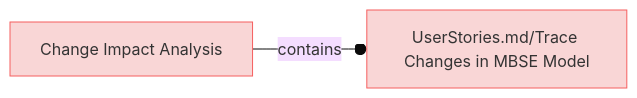
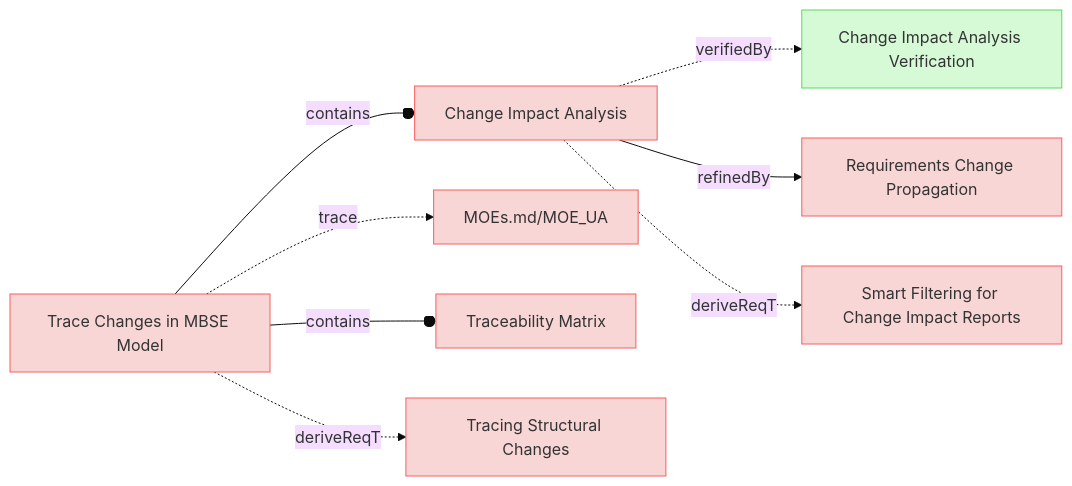
Before and after one commit to reqvire-org/reqvire: the eighth of 9 diagrams in specifications/UserRequirements.md, drawn with Mermaid (base theme). The commit also changed other lines of this file and 27 other files, not shown here.

Commit message:
Diagrams update.X

````diff
--- a/specifications/UserRequirements.md
+++ b/specifications/UserRequirements.md
@@ -539,16 +755,40 @@
 ```mermaid
 graph LR;
   %% Graph styling
   classDef requirement fill:#f9d6d6,stroke:#f55f5f,stroke-width:1px;
   classDef verification fill:#d6f9d6,stroke:#5fd75f,stroke-width:1px;
   classDef externalLink fill:#d0e0ff,stroke:#3080ff,stroke-width:1px;
   classDef default fill:#f5f5f5,stroke:#333333,stroke-width:1px;
 
   9933cac5853a8584["Change Impact Analysis"];
   class 9933cac5853a8584 requirement;
   click 9933cac5853a8584 "UserRequirements.md#change-impact-analysis";
-  5ef9c8ae19a9f55a["UserStories.md/Trace Changes in MBSE Model"];
+  b72d56e7e360fe6c["Change Impact Analysis Verification"];
+  class b72d56e7e360fe6c verification;
+  click b72d56e7e360fe6c "Verifications/ChangeImpactTests.md#change-impact-analysis-verification";
+  9933cac5853a8584 -.->|verifiedBy| b72d56e7e360fe6c;
+  2054606d7574a553["Requirements Change Propagation"];
+  class 2054606d7574a553 requirement;
+  click 2054606d7574a553 "SpecificationsRequirements.md#requirements-change-propagation";
+  9933cac5853a8584 -->|refinedBy| 2054606d7574a553;
+  ced028f36159c967["Smart Filtering for Change Impact Reports"];
+  class ced028f36159c967 requirement;
+  click ced028f36159c967 "SystemRequirements/ChangeImpactPropagation.md#smart-filtering-for-change-impact-reports";
+  9933cac5853a8584 -.->|deriveReqT| ced028f36159c967;
+  5ef9c8ae19a9f55a["Trace Changes in MBSE Model"];
   class 5ef9c8ae19a9f55a requirement;
   click 5ef9c8ae19a9f55a "UserStories.md#trace-changes-in-mbse-model";
-  9933cac5853a8584 --o|contains| 5ef9c8ae19a9f55a;
+  2c5f30f14e792200["MOEs.md/MOE_UA"];
+  class 2c5f30f14e792200 requirement;
+  click 2c5f30f14e792200 "MOEs.md#moe_ua";
+  5ef9c8ae19a9f55a -.->|trace| 2c5f30f14e792200;
+  4e30ea0930dc9c26["Traceability Matrix"];
+  class 4e30ea0930dc9c26 requirement;
+  click 4e30ea0930dc9c26 "UserRequirements.md#traceability-matrix";
+  5ef9c8ae19a9f55a --o|contains| 4e30ea0930dc9c26;
+  5ef9c8ae19a9f55a --o|contains| 9933cac5853a8584;
+  d7b7b13a5b8d96e1["Tracing Structural Changes"];
+  class d7b7b13a5b8d96e1 requirement;
+  click d7b7b13a5b8d96e1 "UserRequirements.md#tracing-structural-changes";
+  5ef9c8ae19a9f55a -.->|deriveReqT| d7b7b13a5b8d96e1;
 ```
````
